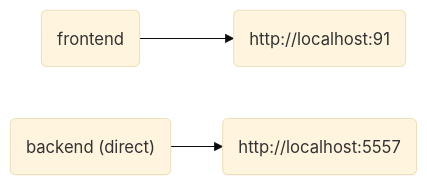
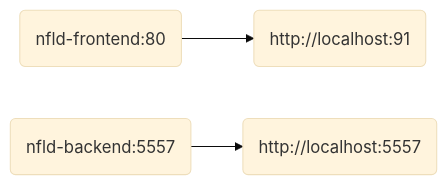
The diagram in README.md (chump29/planrr), drawn with Mermaid (base theme) before and after one commit. The commit also changed other lines of this file and 39 other files, not shown here.

````diff
--- a/README.md
+++ b/README.md
@@ -7,9 +9,9 @@
 ```mermaid
 flowchart LR
-frontend@{shape: rounded, label: "frontend"}
+frontend@{shape: rounded, label: "nfld-frontend:80"}
 frontendPort@{shape: rounded, label: "http://localhost:91"}
-backend@{shape: rounded, label: "backend (direct)"}
+backend@{shape: rounded, label: "nfld-backend:5557"}
 backendPort@{shape: rounded, label: "http://localhost:5557"}
 frontend-->frontendPort
 backend-->backendPort
 ```
````
